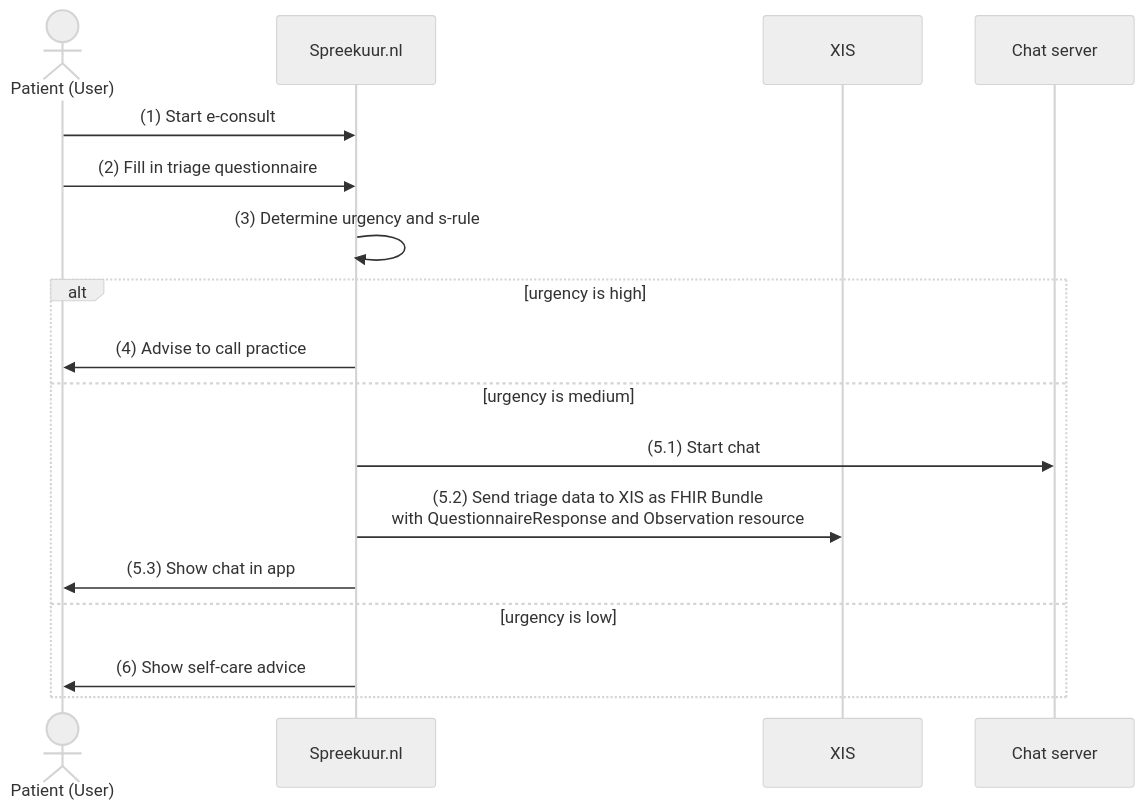
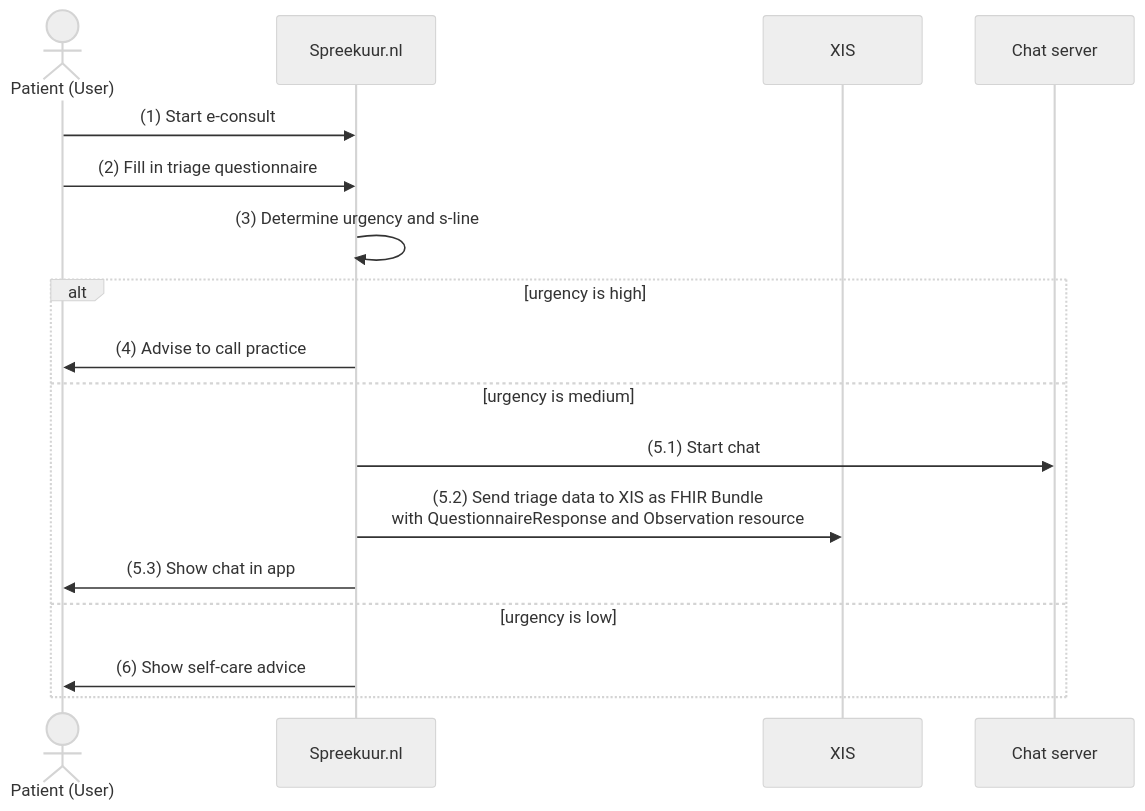
The diagram in docs/features/econsult/econsult-with-triage.md (topicushealthcare/spreekuur-docs), drawn with Mermaid (neutral theme) before and after one commit. The commit also changed other lines of this file and 1 other file, not shown here.

Commit message:
S-rule to S-line

````diff
--- a/docs/features/econsult/econsult-with-triage.md
+++ b/docs/features/econsult/econsult-with-triage.md
@@ -29,20 +29,20 @@
 ```mermaid
 sequenceDiagram
     actor Patient (User)
     participant Spreekuur.nl
     participant XIS
     participant Chat server
     
     Patient (User)->>Spreekuur.nl:(1) Start e-consult
     Patient (User)->>Spreekuur.nl:(2) Fill in triage questionnaire
-    Spreekuur.nl->>Spreekuur.nl:(3) Determine urgency and s-rule
+    Spreekuur.nl->>Spreekuur.nl:(3) Determine urgency and s-line
     alt urgency is high
         Spreekuur.nl->>Patient (User):(4) Advise to call practice
     else urgency is medium
         Spreekuur.nl->>Chat server:(5.1) Start chat
         Spreekuur.nl->>XIS:(5.2) Send triage data to XIS as FHIR Bundle <br/> with QuestionnaireResponse and Observation resource
         Spreekuur.nl->>Patient (User):(5.3) Show chat in app
     else urgency is low
         Spreekuur.nl->>Patient (User):(6) Show self-care advice
     end
 ```
````
